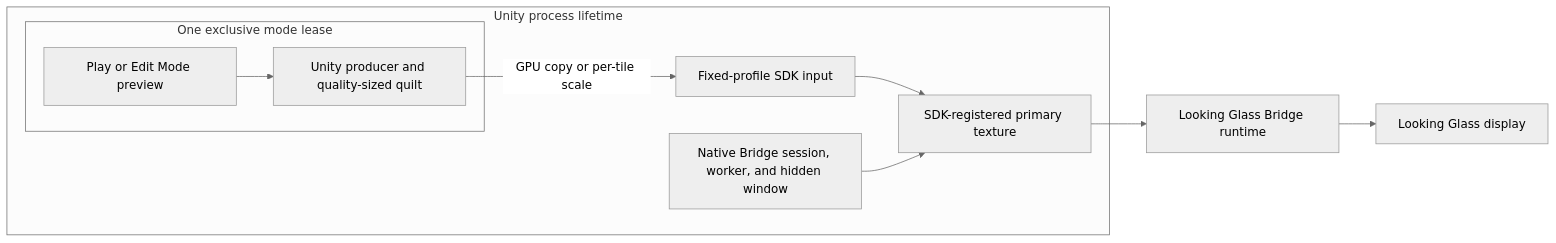
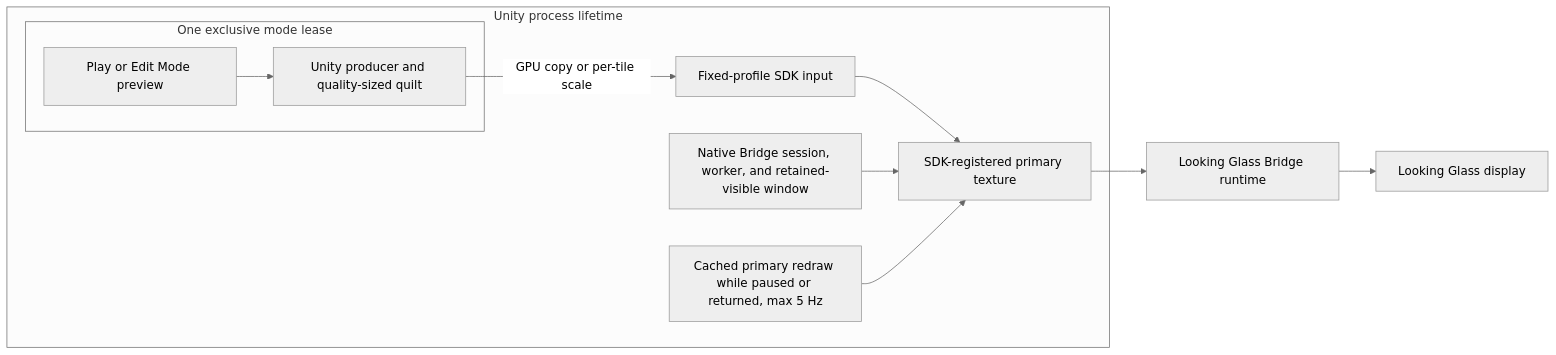
One commit to zabaglione/ViewWeave changed the first of 3 diagrams in docs/bridge-output-lifecycle.md. Above: the diagram before and after it, drawn with Mermaid (neutral theme). The commit also changed other lines of this file and 15 other files, not shown here.

````diff
--- a/docs/bridge-output-lifecycle.md
+++ b/docs/bridge-output-lifecycle.md
@@ -13,18 +13,20 @@
 ```mermaid
 flowchart LR
     subgraph Process[Unity process lifetime]
         subgraph Lease[One exclusive mode lease]
             Mode[Play or Edit Mode preview]
             Producer[Unity producer and quality-sized quilt]
         end
         Stable[Fixed-profile SDK input]
         Primary[SDK-registered primary texture]
-        Endpoint[Native Bridge session, worker, and hidden window]
+        Endpoint[Native Bridge session, worker, and retained-visible window]
+        Static[Cached primary redraw while paused or returned, max 5 Hz]
     end
     Mode --> Producer
     Producer -->|GPU copy or per-tile scale| Stable
     Stable --> Primary
     Endpoint --> Primary
+    Static --> Primary
     Primary --> Bridge[Looking Glass Bridge runtime]
     Bridge --> Display[Looking Glass display]
 ```
````
